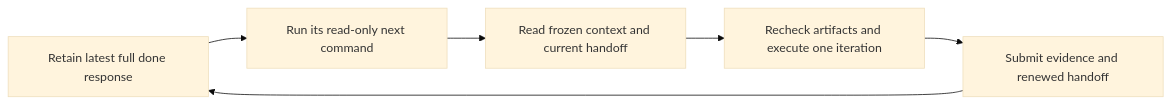
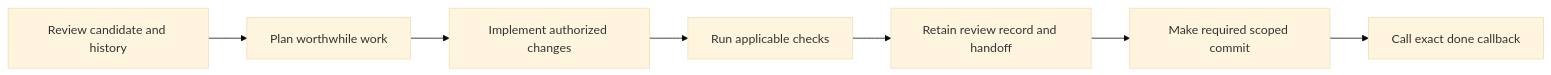
Before and after one commit to whichguy/until-loop: the third of 6 diagrams in README.md, drawn with Mermaid (base theme). The commit also changed other lines of this file and 3 other files, not shown here.

````diff
--- a/README.md
+++ b/README.md
@@ -120,8 +166,9 @@
 ```mermaid
 flowchart LR
-    Last[Retain latest full done response] --> Read[Run its read-only next command]
-    Read --> Restore[Read frozen context and current handoff]
-    Restore --> Execute[Recheck artifacts and execute one iteration]
-    Execute --> Done[Submit evidence and renewed handoff]
-    Done --> Last
+    Review[Review candidate and history] --> Plan[Plan worthwhile work]
+    Plan --> Implement[Implement authorized changes]
+    Implement --> Check[Run applicable checks]
+    Check --> Record[Retain review record and handoff]
+    Record --> Commit[Make required scoped commit]
+    Commit --> Done[Call exact done callback]
 ```
````
